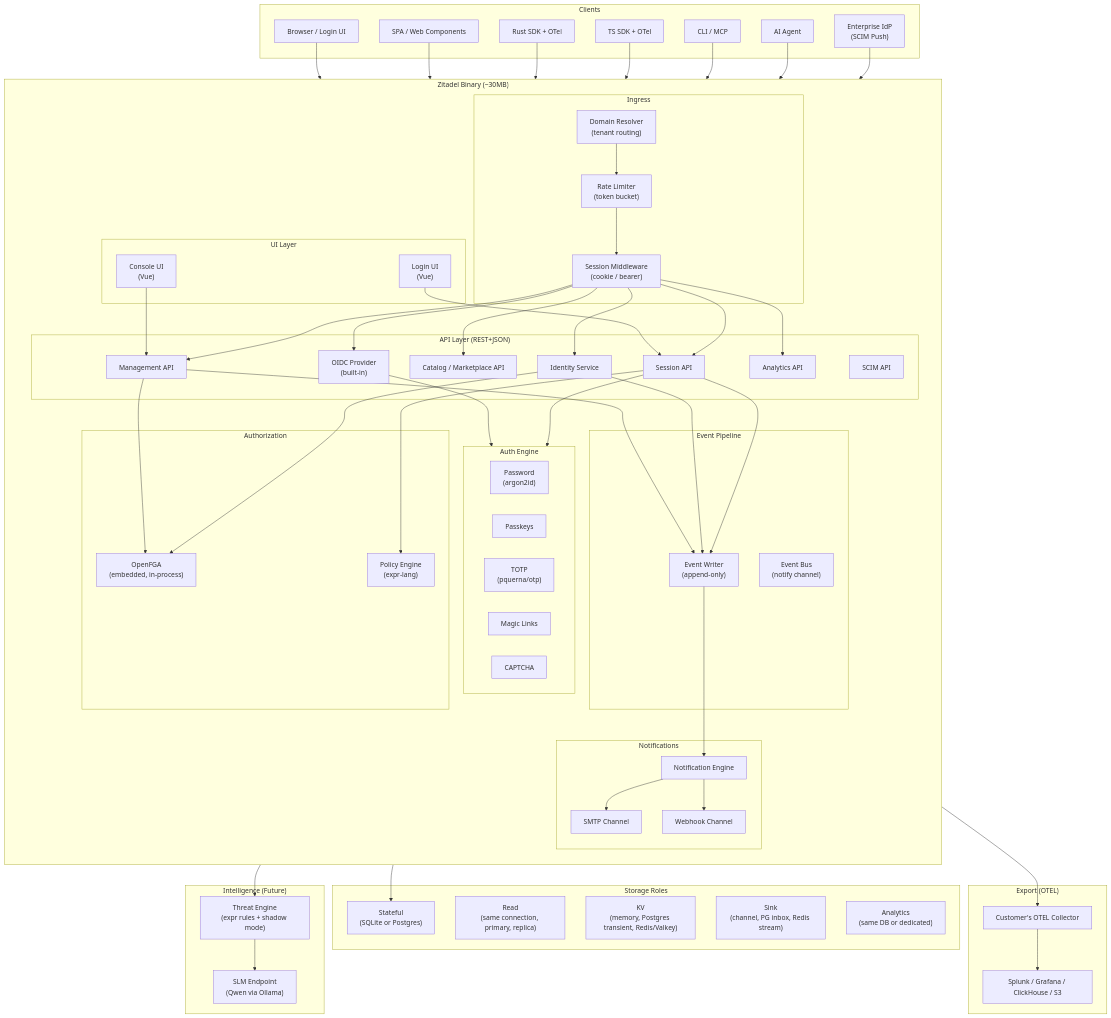
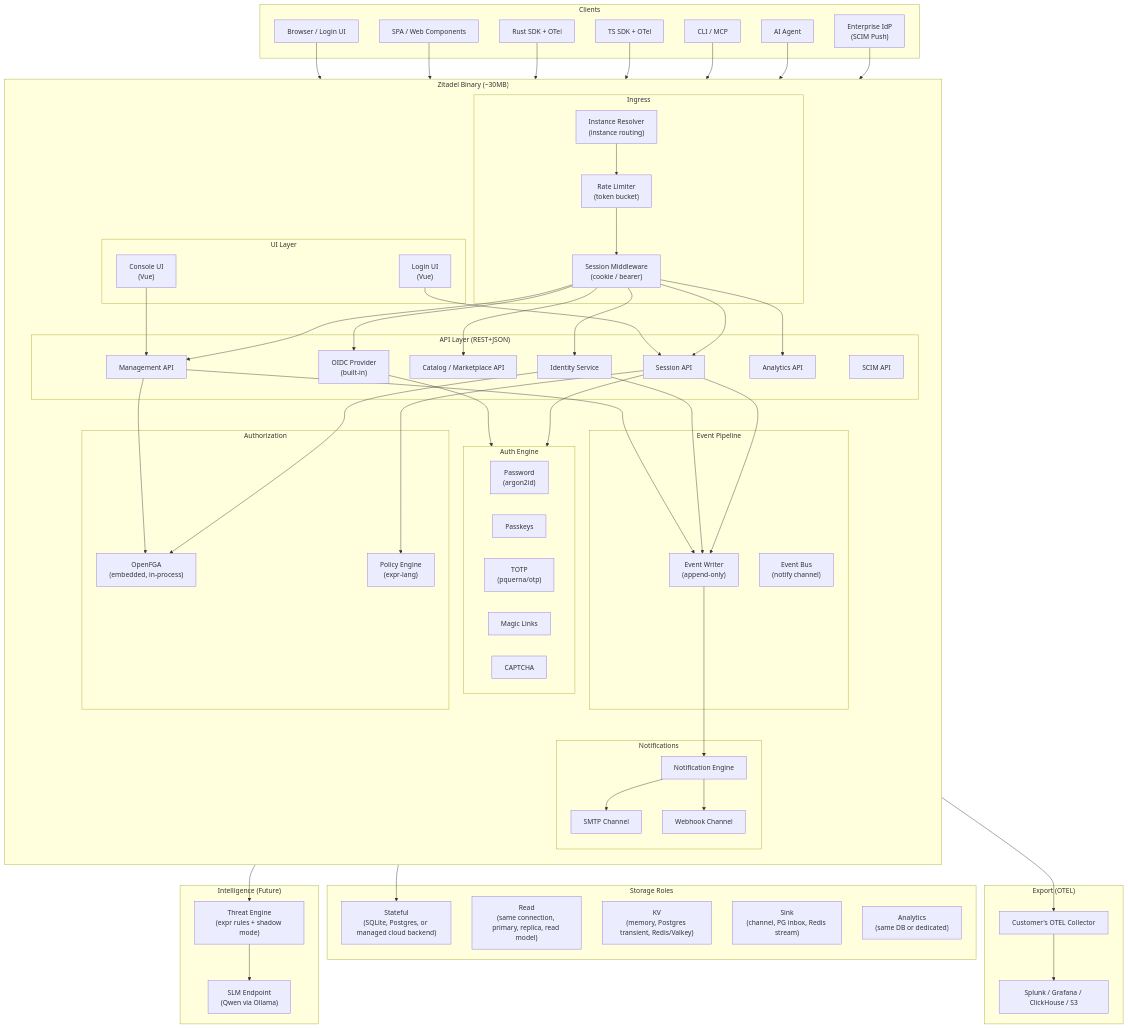
Before and after one commit to fforootd/hodor: the first of 3 diagrams in docs/architecture/overview.md, drawn with Mermaid. The commit also changed other lines of this file and 47 other files, not shown here.

Commit message:
Implement instance-aware routing and multi-role Postgres storage

```diff
--- a/docs/architecture/overview.md
+++ b/docs/architecture/overview.md
@@ -20,7 +20,7 @@
         direction TB
         
         subgraph Ingress["Ingress"]
-            DomainResolver["Domain Resolver<br/>(tenant routing)"]
+            DomainResolver["Instance Resolver<br/>(instance routing)"]
             RateLimit["Rate Limiter<br/>(token bucket)"]
             SessionMW["Session Middleware<br/>(cookie / bearer)"]
         end
@@ -66,8 +66,8 @@
     end
 
     subgraph Storage["Storage Roles"]
-        Stateful_S["Stateful<br/>(SQLite or Postgres)"]
-        Read_S["Read<br/>(same connection, primary, replica)"]
+        Stateful_S["Stateful<br/>(SQLite, Postgres, or managed cloud backend)"]
+        Read_S["Read<br/>(same connection, primary, replica, read model)"]
         KV_S["KV<br/>(memory, Postgres transient, Redis/Valkey)"]
         Sink_S["Sink<br/>(channel, PG inbox, Redis stream)"]
         Analytics_S["Analytics<br/>(same DB or dedicated)"]
```
